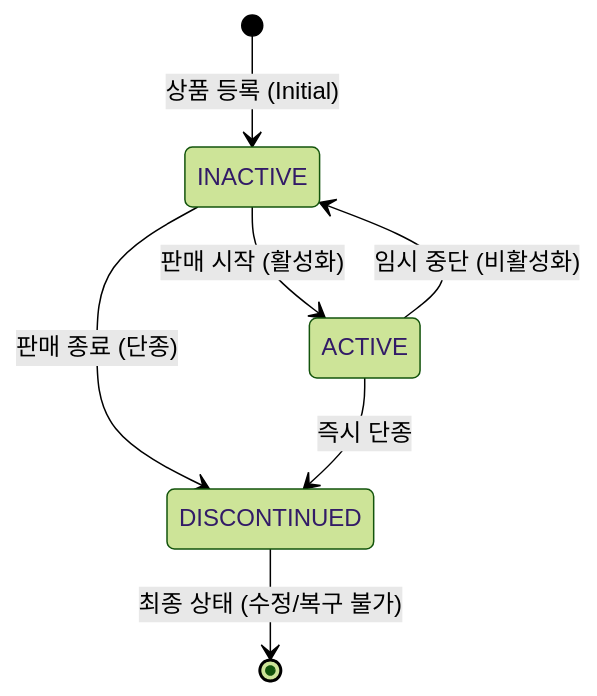
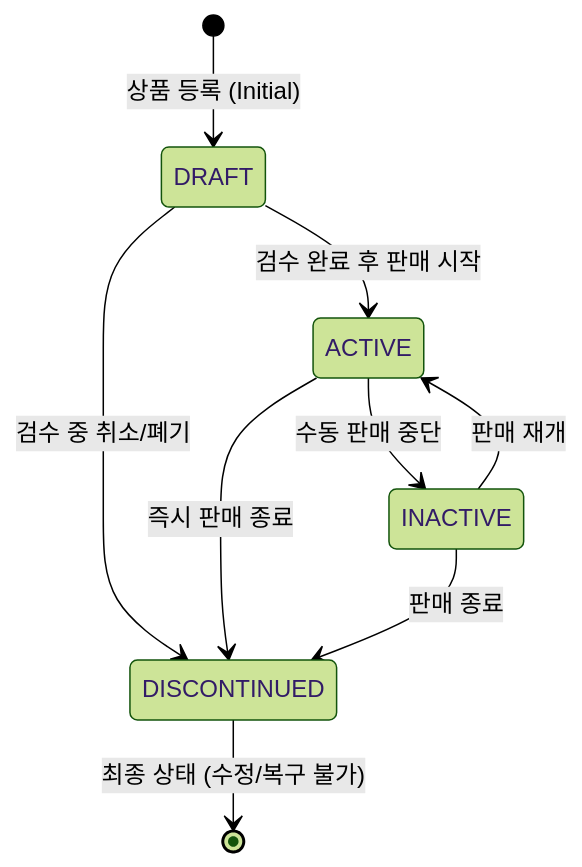
Before and after one commit to wocks1123/commerce-msa: the diagram in service/product-service/README.md, drawn with Mermaid (forest theme). The commit also changed other lines of this file and 3 other files, not shown here.

````diff
--- a/service/product-service/README.md
+++ b/service/product-service/README.md
@@ -39,9 +40,11 @@
 ```mermaid
 stateDiagram-v2
-    [*] --> INACTIVE: 상품 등록 (Initial)
-    INACTIVE --> ACTIVE: 판매 시작 (활성화)
-    ACTIVE --> INACTIVE: 임시 중단 (비활성화)
-    INACTIVE --> DISCONTINUED: 판매 종료 (단종)
-    ACTIVE --> DISCONTINUED: 즉시 단종
+    [*] --> DRAFT: 상품 등록 (Initial)
+    DRAFT --> ACTIVE: 검수 완료 후 판매 시작
+    DRAFT --> DISCONTINUED: 검수 중 취소/폐기
+    ACTIVE --> INACTIVE: 수동 판매 중단
+    ACTIVE --> DISCONTINUED: 즉시 판매 종료
+    INACTIVE --> ACTIVE: 판매 재개
+    INACTIVE --> DISCONTINUED: 판매 종료
     DISCONTINUED --> [*]: 최종 상태 (수정/복구 불가)
 ```
````
